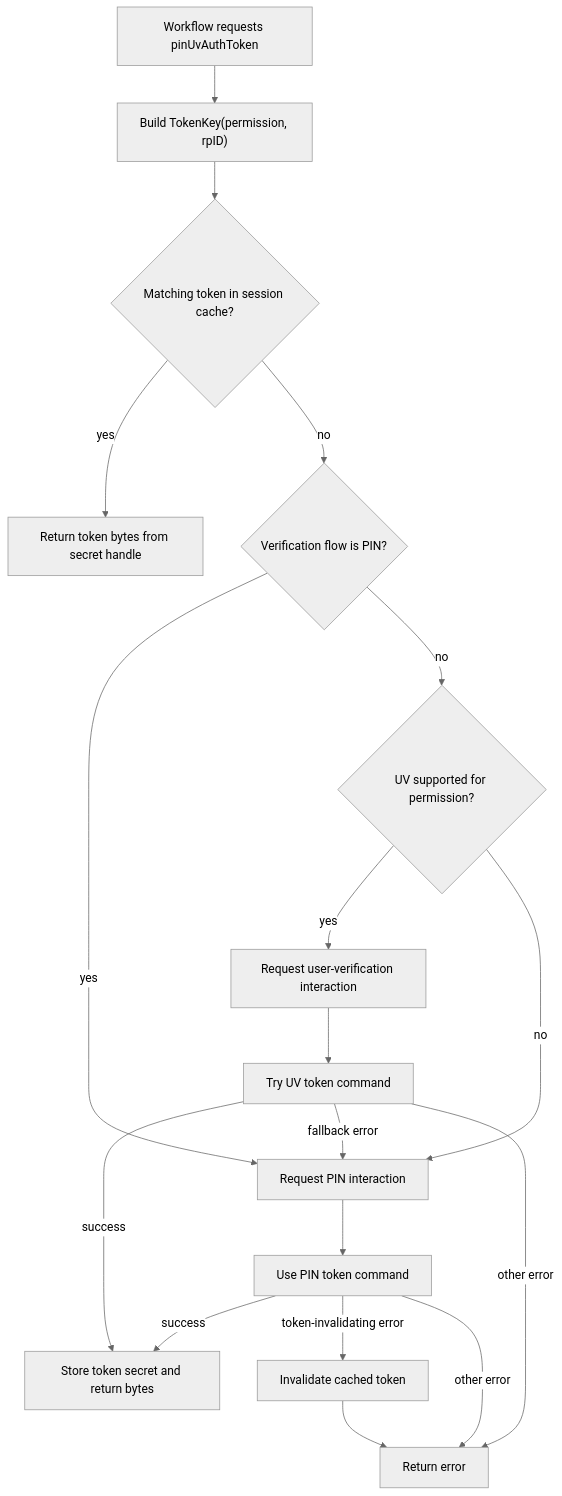
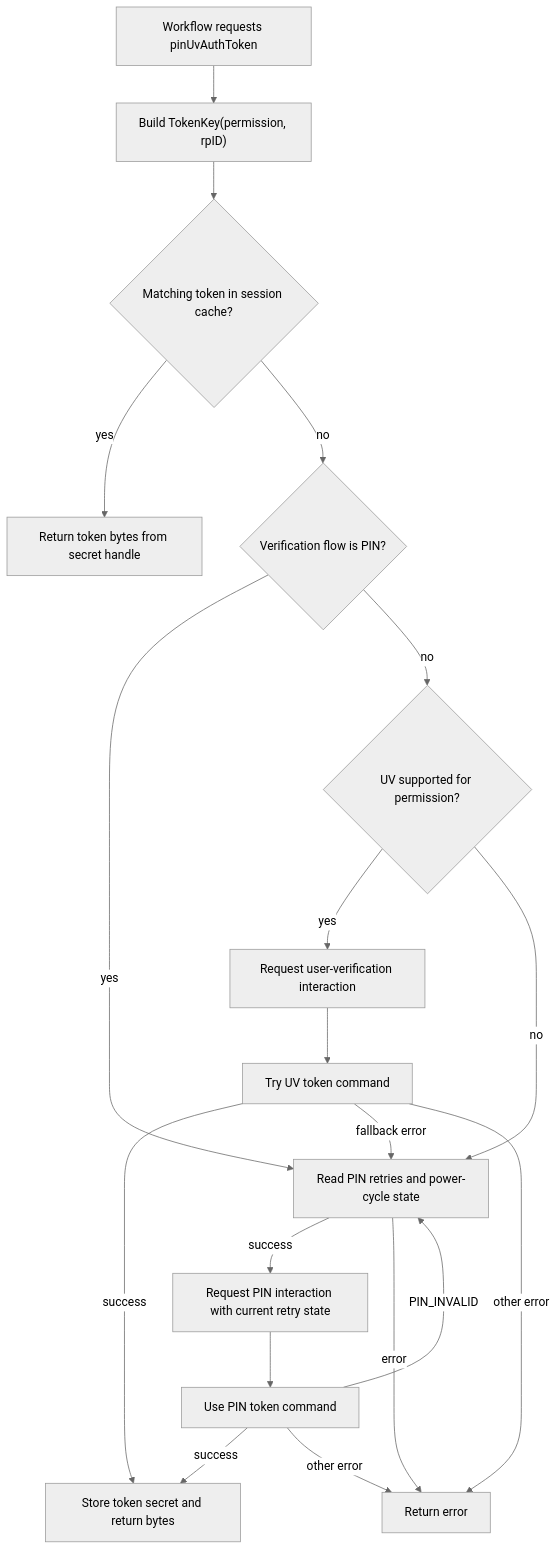
One commit to go-ctap/kit changed the fifth of 5 diagrams in docs/current-runtime-flows.md. Above: the diagram before and after it, drawn with Mermaid (neutral theme). The commit also changed other lines of this file and 31 other files, not shown here.

Commit message:
feat: improve token acquisition, permission handling, and inventory refresh logic with enhanced retry state, canonical permission labels, composite grants, and extensive test coverage

````diff
--- a/docs/current-runtime-flows.md
+++ b/docs/current-runtime-flows.md
@@ -160,20 +170,21 @@
 ```mermaid
 flowchart TD
   A["Workflow requests pinUvAuthToken"] --> B["Build TokenKey(permission, rpID)"]
   B --> C{"Matching token in session cache?"}
   C -->|yes| D["Return token bytes from secret handle"]
   C -->|no| E{"Verification flow is PIN?"}
-  E -->|yes| I["Request PIN interaction"]
+  E -->|yes| M["Read PIN retries and power-cycle state"]
   E -->|no| F{"UV supported for permission?"}
   F -->|yes| G["Request user-verification interaction"]
   G --> H["Try UV token command"]
   H -->|success| L["Store token secret and return bytes"]
-  H -->|fallback error| I
+  H -->|fallback error| M
   H -->|other error| X["Return error"]
-  F -->|no| I
+  F -->|no| M
+  M -->|success| I["Request PIN interaction with current retry state"]
+  M -->|error| X
   I --> J["Use PIN token command"]
   J -->|success| L
-  J -->|token-invalidating error| K["Invalidate cached token"]
-  K --> X
+  J -->|PIN_INVALID| M
   J -->|other error| X
 ```
````
